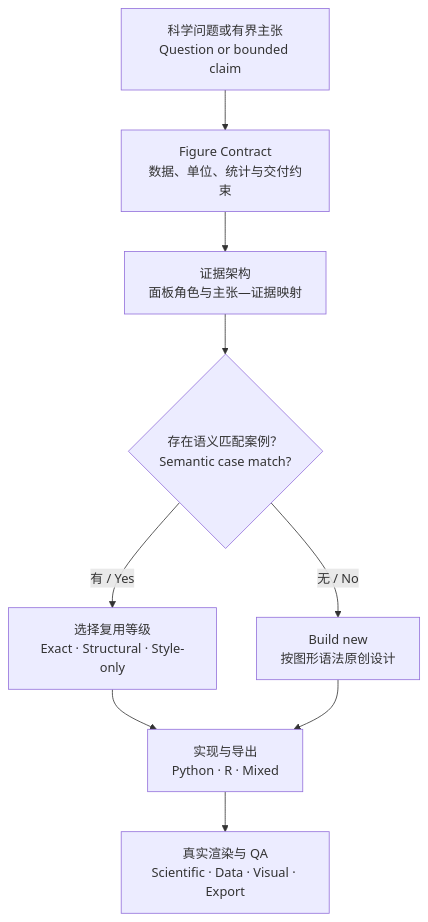
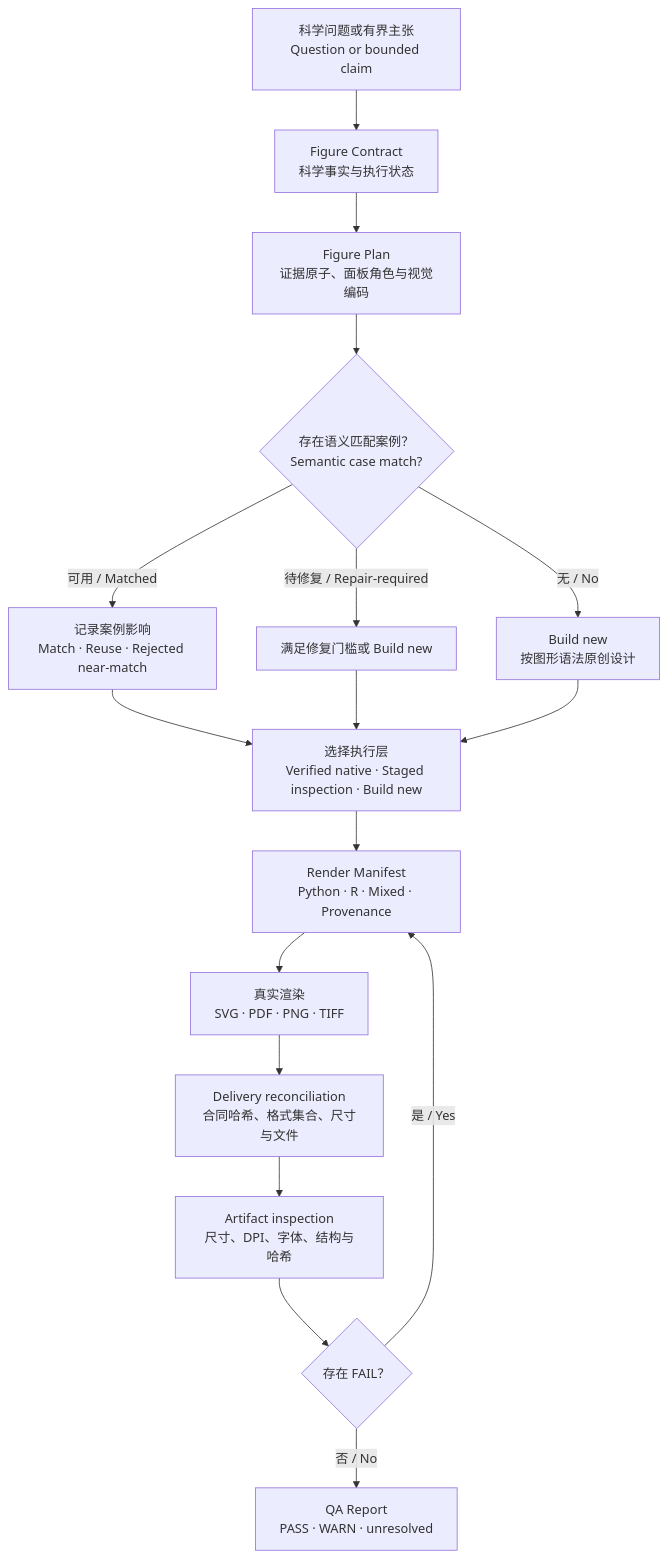
The diagram in README.md (SciToolsmith/academic-figure), drawn with Mermaid before and after one commit. The commit also changed other lines of this file and 85 other files, not shown here.

````diff
--- a/README.md
+++ b/README.md
@@ -257,11 +302,19 @@
 ```mermaid
 flowchart TD
-    A["科学问题或有界主张<br/>Question or bounded claim"] --> B["Figure Contract<br/>数据、单位、统计与交付约束"]
-    B --> C["证据架构<br/>面板角色与主张—证据映射"]
+    A["科学问题或有界主张<br/>Question or bounded claim"] --> B["Figure Contract<br/>科学事实与执行状态"]
+    B --> C["Figure Plan<br/>证据原子、面板角色与视觉编码"]
     C --> D{"存在语义匹配案例？<br/>Semantic case match?"}
-    D -->|"有 / Yes"| E["选择复用等级<br/>Exact · Structural · Style-only"]
-    D -->|"无 / No"| F["Build new<br/>按图形语法原创设计"]
-    E --> G["实现与导出<br/>Python · R · Mixed"]
-    F --> G
-    G --> H["真实渲染与 QA<br/>Scientific · Data · Visual · Export"]
+    D -->|"可用 / Matched"| E["记录案例影响<br/>Match · Reuse · Rejected near-match"]
+    D -->|"待修复 / Repair-required"| F1["满足修复门槛或 Build new"]
+    D -->|"无 / No"| F2["Build new<br/>按图形语法原创设计"]
+    E --> L["选择执行层<br/>Verified native · Staged inspection · Build new"]
+    F1 --> L
+    F2 --> L
+    L --> G["Render Manifest<br/>Python · R · Mixed · Provenance"]
+    G --> H["真实渲染<br/>SVG · PDF · PNG · TIFF"]
+    H --> H2["Delivery reconciliation<br/>合同哈希、格式集合、尺寸与文件"]
+    H2 --> I["Artifact inspection<br/>尺寸、DPI、字体、结构与哈希"]
+    I --> J{"存在 FAIL？"}
+    J -->|"是 / Yes"| G
+    J -->|"否 / No"| K["QA Report<br/>PASS · WARN · unresolved"]
 ```
````
